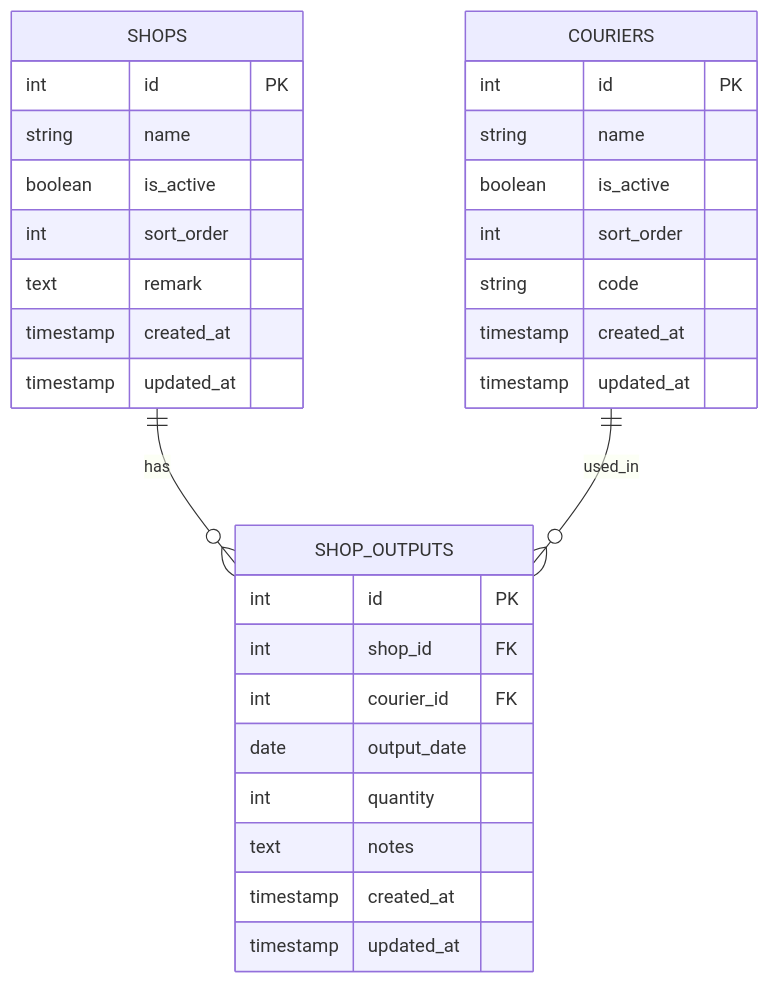
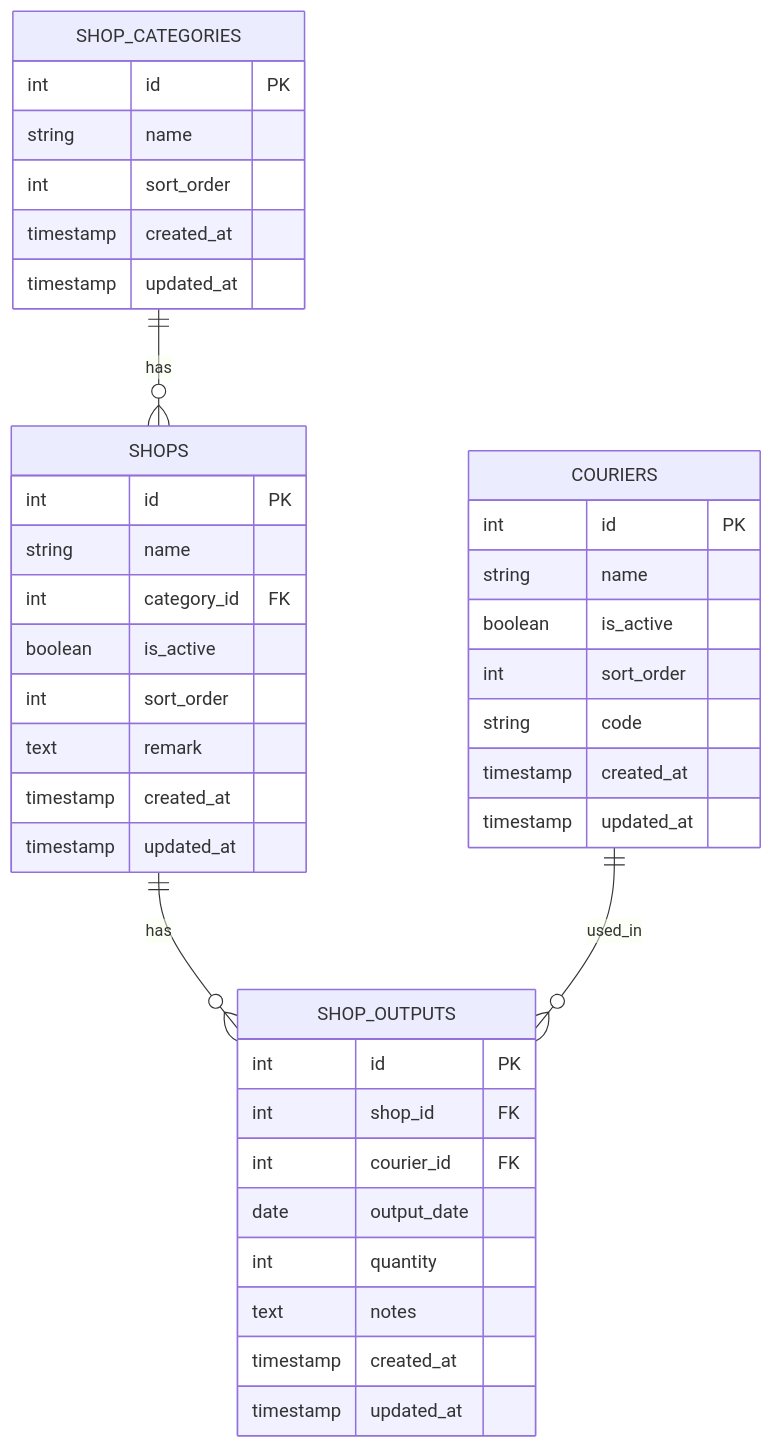
Before and after one commit to mkblbj/courier-management-elite: the third of 5 diagrams in docs/shop-output/shop-output-management-architecture.md, drawn with Mermaid. The commit also changed other lines of this file and 3 other files, not shown here.

````diff
--- a/docs/shop-output/shop-output-management-architecture.md
+++ b/docs/shop-output/shop-output-management-architecture.md
@@ -187,36 +216,46 @@
 ```mermaid
 erDiagram
+    SHOP_CATEGORIES ||--o{ SHOPS : "has"
     SHOPS ||--o{ SHOP_OUTPUTS : "has"
     COURIERS ||--o{ SHOP_OUTPUTS : "used_in"
+
+    SHOP_CATEGORIES {
+        int id PK
+        string name
+        int sort_order
+        timestamp created_at
+        timestamp updated_at
+    }
 
     SHOPS {
         int id PK
         string name
+        int category_id FK
         boolean is_active
         int sort_order
         text remark
         timestamp created_at
         timestamp updated_at
     }
 
     SHOP_OUTPUTS {
         int id PK
         int shop_id FK
         int courier_id FK
         date output_date
         int quantity
         text notes
         timestamp created_at
         timestamp updated_at
     }
 
     COURIERS {
         int id PK
         string name
         boolean is_active
         int sort_order
         string code
         timestamp created_at
         timestamp updated_at
     }
 ```
````
